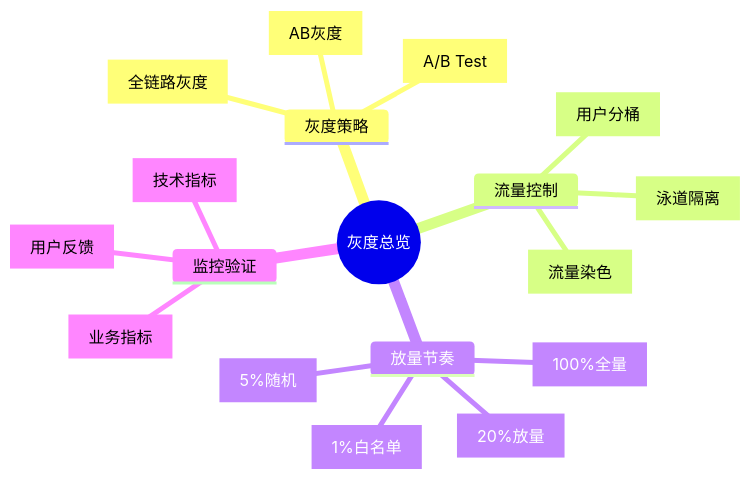
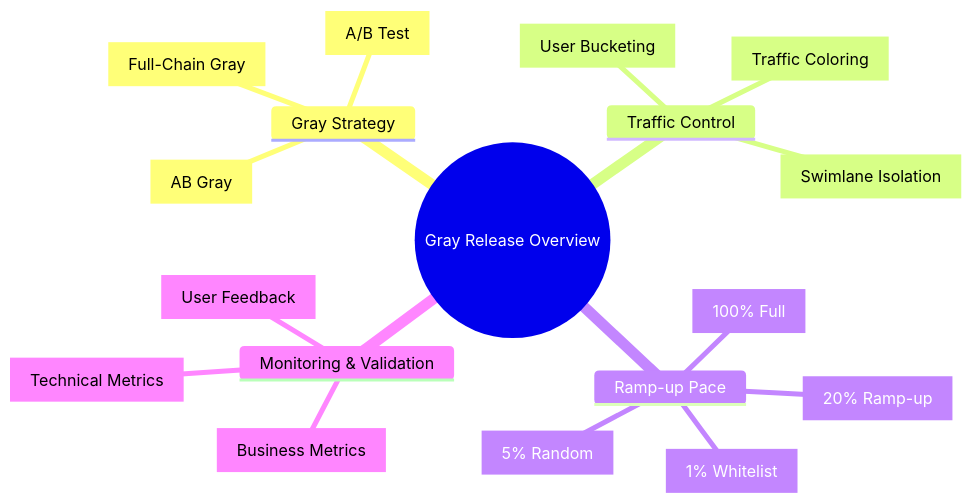
Before and after one commit to Kirky-X/cangjie: the first of 9 diagrams in templates/产品/交付层/【模板】灰度方案.md, drawn with Mermaid. The commit also changed other lines of this file and 46 other files, not shown here.

````diff
--- a/templates/产品/交付层/【模板】灰度方案.md
+++ b/templates/产品/交付层/【模板】灰度方案.md
@@ -68,21 +68,21 @@
 ```mermaid
 mindmap
-  root((灰度总览))
-    灰度策略
-      [AB灰度]
-      [全链路灰度]
+  root((Gray Release Overview))
+    Gray Strategy
+      [AB Gray]
+      [Full-Chain Gray]
       [A/B Test]
-    流量控制
-      [用户分桶]
-      [流量染色]
-      [泳道隔离]
-    放量节奏
-      [1%白名单]
-      [5%随机]
-      [20%放量]
-      [100%全量]
-    监控验证
-      [技术指标]
-      [业务指标]
-      [用户反馈]
+    Traffic Control
+      [User Bucketing]
+      [Traffic Coloring]
+      [Swimlane Isolation]
+    Ramp-up Pace
+      [1% Whitelist]
+      [5% Random]
+      [20% Ramp-up]
+      [100% Full]
+    Monitoring & Validation
+      [Technical Metrics]
+      [Business Metrics]
+      [User Feedback]
 ```
````
